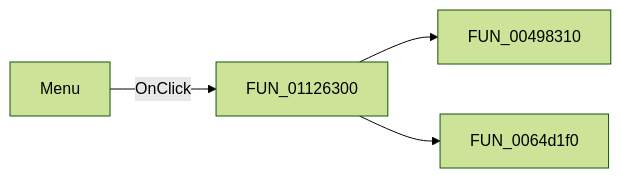
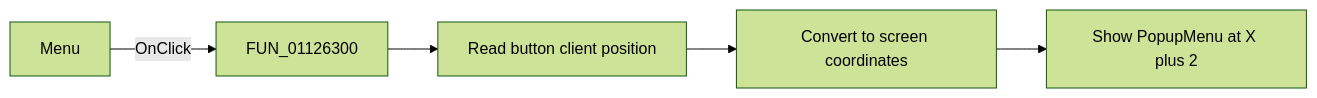
One commit to MovGP0/TIARA changed the diagram in docs/ui-controls/signaleditordlg/btnlocalmenu-08af27282d.md. Above: the diagram before and after it, drawn with Mermaid (forest theme). The commit also changed other lines of this file and 1062 other files, not shown here.

````diff
--- a/docs/ui-controls/signaleditordlg/btnlocalmenu-08af27282d.md
+++ b/docs/ui-controls/signaleditordlg/btnlocalmenu-08af27282d.md
@@ -27,6 +31,7 @@
 ```mermaid
 flowchart LR
-    control["Menu"] -->|OnClick| handler["FUN_01126300"]
-    handler --> call1["FUN_00498310"]
-    handler --> call2["FUN_0064d1f0"]
+    control["Menu"] -->|"OnClick"| handler["FUN_01126300"]
+    handler --> local["Read button client position"]
+    local --> screen["Convert to screen coordinates"]
+    screen --> popup["Show PopupMenu at X plus 2"]
 ```
````
